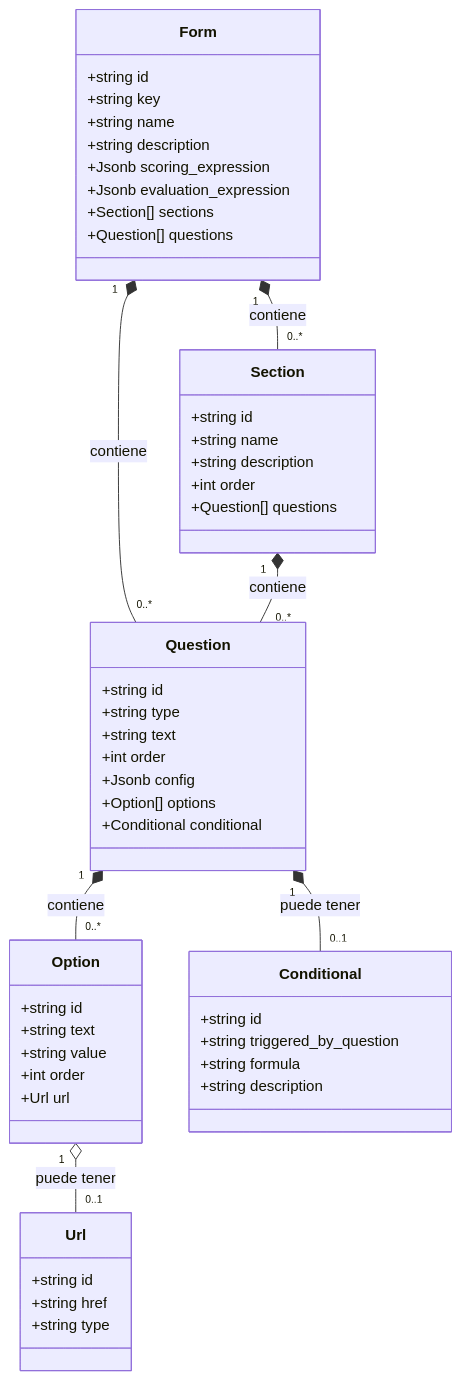
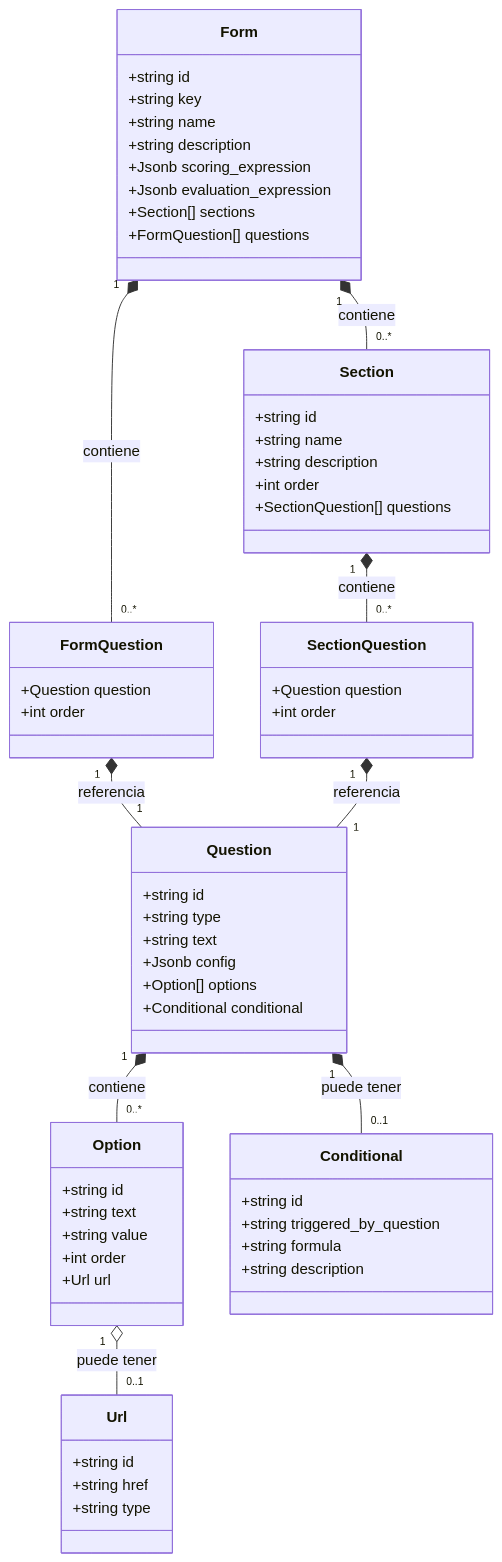
One commit to m4ck-y/dh_docs changed the diagram in features/questionnaires/catalog/CLASS.mmd. Above: the diagram before and after it, drawn with Mermaid. The commit also changed 5 other files, not shown here.

First line of the commit message:
docs(questionnaires): move question order to relation bridges

```diff
--- a/features/questionnaires/catalog/CLASS.mmd
+++ b/features/questionnaires/catalog/CLASS.mmd
@@ -1,60 +1,73 @@
 classDiagram
     class Form {
         +string id
         +string key
         +string name
         +string description
         +Jsonb scoring_expression
         +Jsonb evaluation_expression
         +Section[] sections
-        +Question[] questions
+        +FormQuestion[] questions
     }
 
     class Section {
         +string id
         +string name
         +string description
         +int order
-        +Question[] questions
+        +SectionQuestion[] questions
+    }
+
+    class FormQuestion {
+        +Question question
+        +int order
+    }
+
+    class SectionQuestion {
+        +Question question
+        +int order
     }
 
     class Question {
         +string id
         +string type
         +string text
-        +int order
         +Jsonb config
         +Option[] options
         +Conditional conditional
     }
 
     %% Question.config: JSONB nullable, forma segun Question.type
     %% (ver catalog/question_types/). Incluye "required" y parametros del tipo.
+    %% Question NO tiene order: su posicion vive en la relacion
+    %% (FormQuestion.order / SectionQuestion.order), porque es reutilizable.
 
     class Option {
         +string id
         +string text
         +string value
         +int order
         +Url url
     }
 
     class Conditional {
         +string id
         +string triggered_by_question
         +string formula
         +string description
     }
 
     class Url {
         +string id
         +string href
         +string type
     }
 
     Form "1" *-- "0..*" Section : contiene
-    Form "1" *-- "0..*" Question : contiene
-    Section "1" *-- "0..*" Question : contiene
+    Form "1" *-- "0..*" FormQuestion : contiene
+    Section "1" *-- "0..*" SectionQuestion : contiene
+    FormQuestion "1" *-- "1" Question : referencia
+    SectionQuestion "1" *-- "1" Question : referencia
     Question "1" *-- "0..*" Option : contiene
     Question "1" *-- "0..1" Conditional : puede tener
     Option "1" o-- "0..1" Url : puede tener
```
